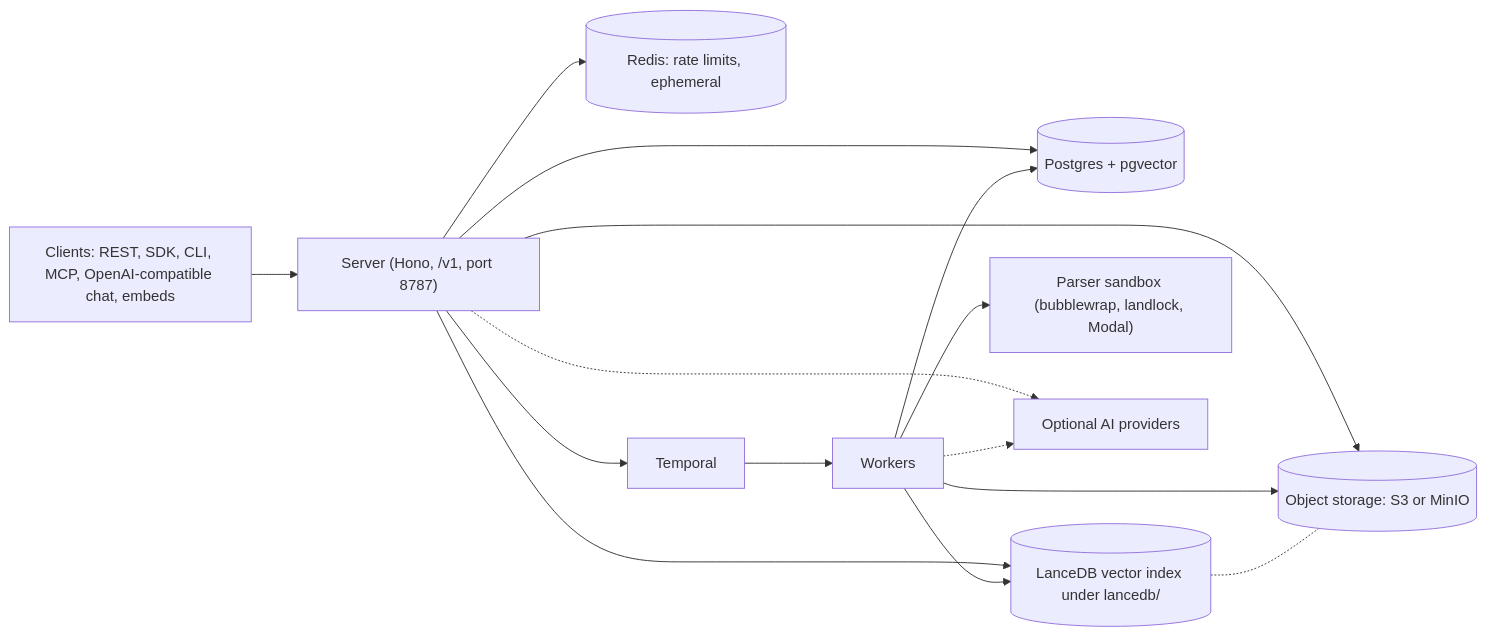
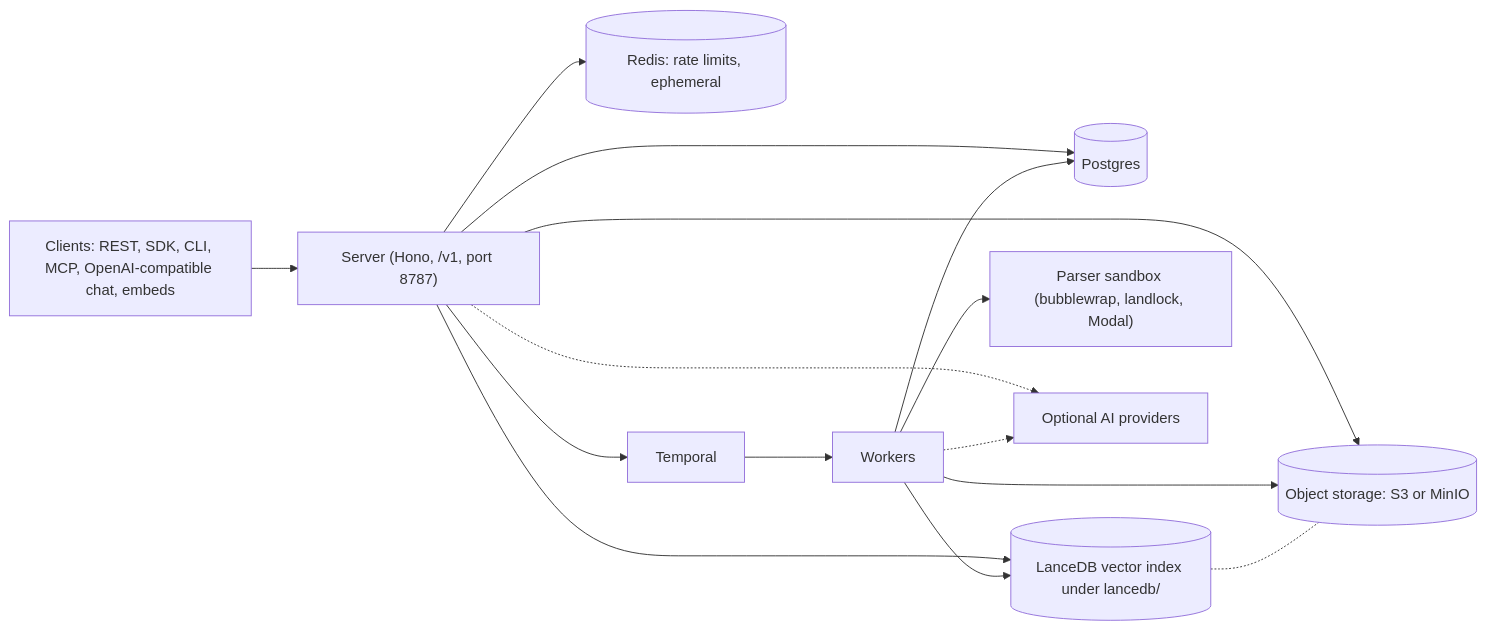
One commit to DocSlurp/docslurp-oss changed the diagram in docs/self-host/README.md. Above: the diagram before and after it, drawn with Mermaid. The commit also changed 17 other files, not shown here.

First line of the commit message:
Drop pgvector: build every database on stock Postgres

````diff
--- a/docs/self-host/README.md
+++ b/docs/self-host/README.md
@@ -9,28 +9,28 @@
 ```mermaid
 flowchart LR
   clients["Clients: REST, SDK, CLI, MCP, OpenAI-compatible chat, embeds"]
   server["Server (Hono, /v1, port 8787)"]
-  pg[("Postgres + pgvector")]
+  pg[("Postgres")]
   redis[("Redis: rate limits, ephemeral")]
   store[("Object storage: S3 or MinIO")]
   lance[("LanceDB vector index under lancedb/")]
   temporal["Temporal"]
   worker["Workers"]
   sandbox["Parser sandbox (bubblewrap, landlock, Modal)"]
   ai["Optional AI providers"]
 
   clients --> server
   server --> pg
   server --> redis
   server --> store
   server --> lance
   server --> temporal
   temporal --> worker
   worker --> sandbox
   worker --> pg
   worker --> store
   worker --> lance
   lance -.- store
   server -.-> ai
   worker -.-> ai
 ```
````
